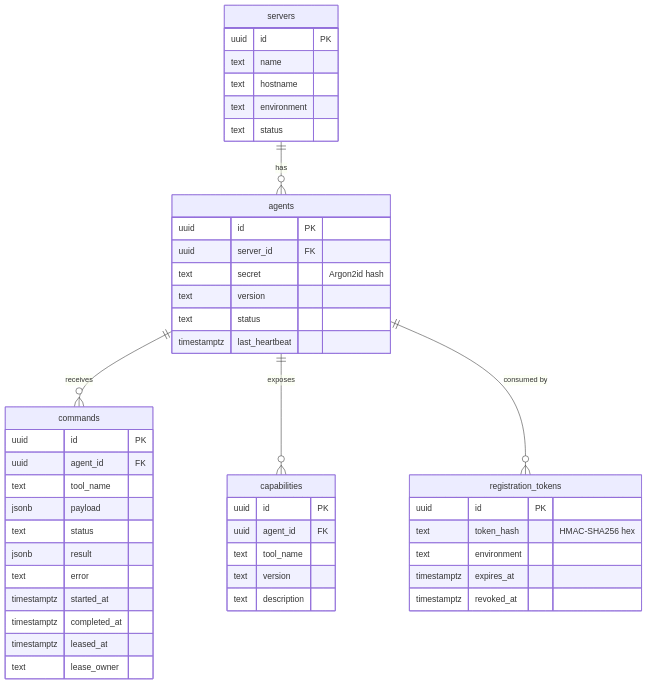
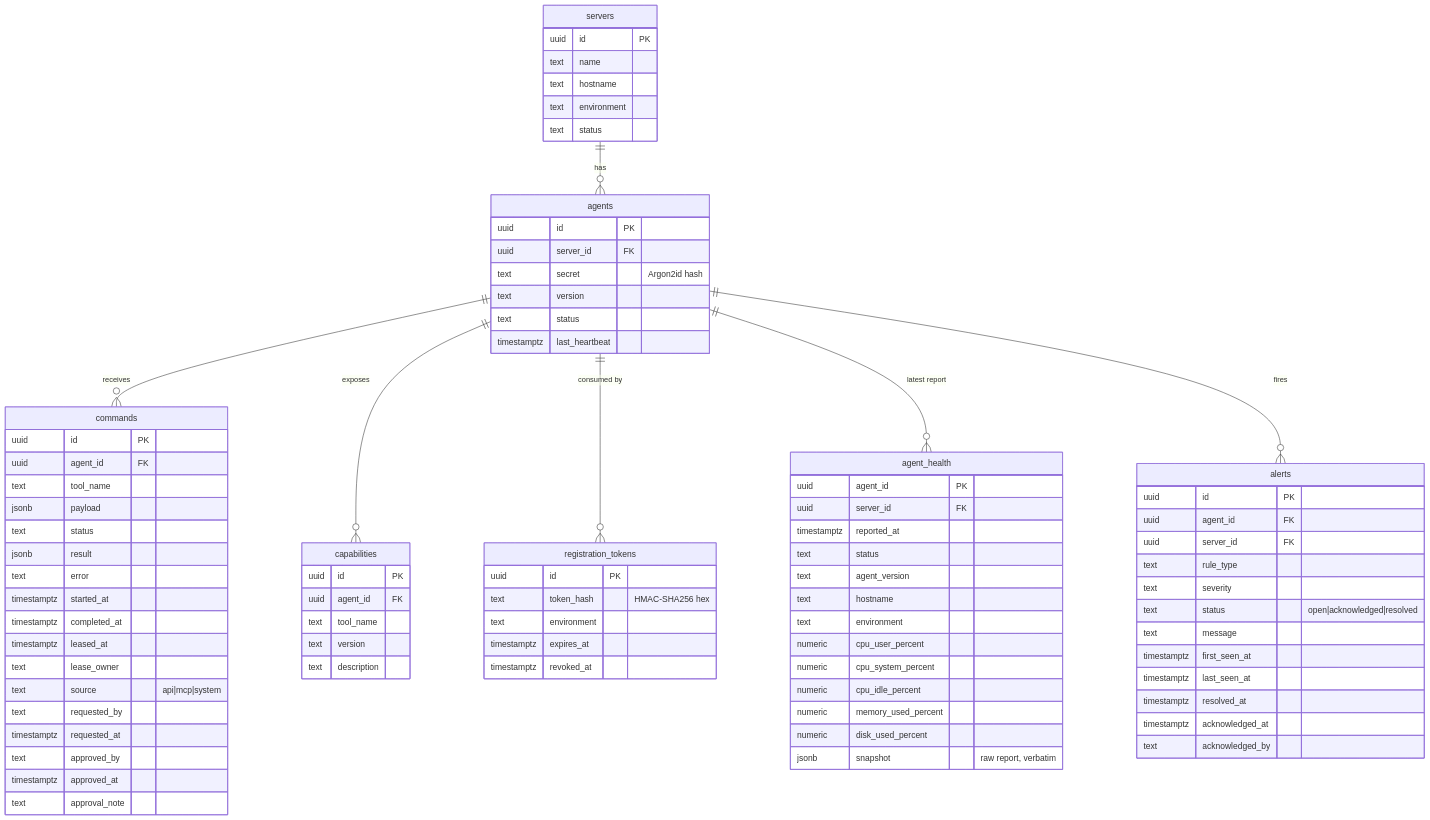
One commit to tsee9iii/opspilot changed the fourth of 7 diagrams in docs/architecture.md. Above: the diagram before and after it, drawn with Mermaid. The commit also changed other lines of this file and 55 other files, not shown here.

Commit message:
feat: add audit fields to command database and implement agent health and alerting systems

````diff
--- a/docs/architecture.md
+++ b/docs/architecture.md
@@ -111,6 +128,8 @@
     agents ||--o{ commands : receives
     agents ||--o{ capabilities : exposes
     agents ||--o{ registration_tokens : "consumed by"
+    agents ||--o{ agent_health : "latest report"
+    agents ||--o{ alerts : fires
 
     servers {
         uuid id PK
@@ -139,6 +158,12 @@
         timestamptz completed_at
         timestamptz leased_at
         text lease_owner
+        text source "api|mcp|system"
+        text requested_by
+        timestamptz requested_at
+        text approved_by
+        timestamptz approved_at
+        text approval_note
     }
     capabilities {
         uuid id PK
@@ -154,4 +179,33 @@
         timestamptz expires_at
         timestamptz revoked_at
     }
+    agent_health {
+        uuid agent_id PK
+        uuid server_id FK
+        timestamptz reported_at
+        text status
+        text agent_version
+        text hostname
+        text environment
+        numeric cpu_user_percent
+        numeric cpu_system_percent
+        numeric cpu_idle_percent
+        numeric memory_used_percent
+        numeric disk_used_percent
+        jsonb snapshot "raw report, verbatim"
+    }
+    alerts {
+        uuid id PK
+        uuid agent_id FK
+        uuid server_id FK
+        text rule_type
+        text severity
+        text status "open|acknowledged|resolved"
+        text message
+        timestamptz first_seen_at
+        timestamptz last_seen_at
+        timestamptz resolved_at
+        timestamptz acknowledged_at
+        text acknowledged_by
+    }
 ```
````
